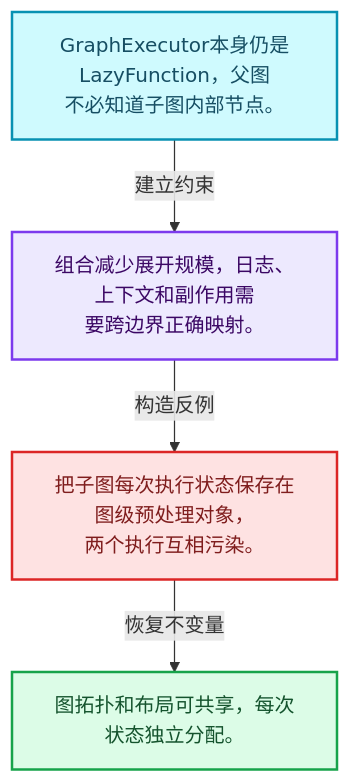
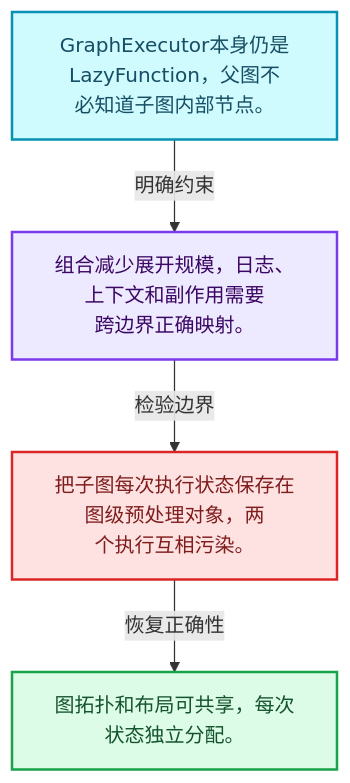
One commit to yunkezengren/blender-.vscode changed the first of 4 diagrams in 杂/markdown/全面学习-codex/09-LazyFunction与节点执行架构/06-GraphExecutor对外接口.md. Above: the diagram before and after it, drawn with Mermaid. The commit also changed other lines of this file and 1930 other files, not shown here.

````diff
--- a/杂/markdown/全面学习-codex/09-LazyFunction与节点执行架构/06-GraphExecutor对外接口.md
+++ b/杂/markdown/全面学习-codex/09-LazyFunction与节点执行架构/06-GraphExecutor对外接口.md
@@ -29,16 +29,16 @@
 ```mermaid
 flowchart TB
-  M["GraphExecutor本身仍是LazyFunction，父图<br/>不必知道子图内部节点。"]:::data
-  T["组合减少展开规模，日志、上下文和副作用需<br/>要跨边界正确映射。"]:::abstraction
-  X["把子图每次执行状态保存在图级预处理对象，<br/>两个执行互相污染。"]:::error
-  A["图拓扑和布局可共享，每次状态独立分配。"]:::result
-  M -->|"建立约束"| T
-  T -->|"构造反例"| X
-  X -->|"恢复不变量"| A
+  M["GraphExecutor本身仍是LazyFunction，父图不<br/>必知道子图内部节点。"]:::data
+  C["组合减少展开规模，日志、上下文和副作用需要<br/>跨边界正确映射。"]:::abstraction
+  B["把子图每次执行状态保存在图级预处理对象，两<br/>个执行互相污染。"]:::error
+  R["图拓扑和布局可共享，每次状态独立分配。"]:::result
+  M -->|"明确约束"| C
+  C -->|"检验边界"| B
+  B -->|"恢复正确性"| R
   classDef input fill:#DBEAFE,stroke:#2563EB,color:#172554,stroke-width:2px;
   classDef data fill:#CFFAFE,stroke:#0891B2,color:#164E63,stroke-width:2px;
   classDef abstraction fill:#EDE9FE,stroke:#7C3AED,color:#3B0764,stroke-width:2px;
   classDef compute fill:#FEF3C7,stroke:#D97706,color:#78350F,stroke-width:2px;
   classDef result fill:#DCFCE7,stroke:#16A34A,color:#14532D,stroke-width:2px;
   classDef error fill:#FEE2E2,stroke:#DC2626,color:#7F1D1D,stroke-width:2px;
 ```
````
